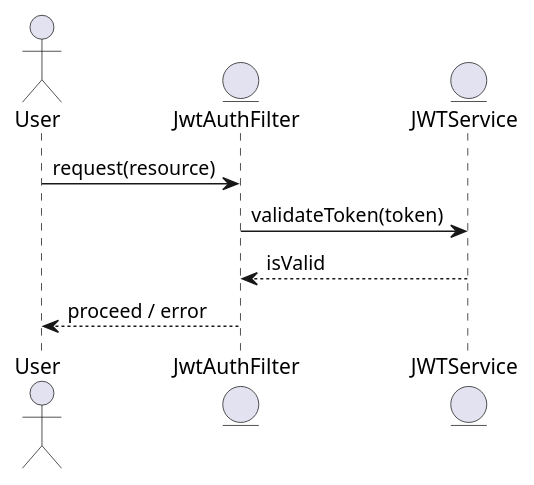
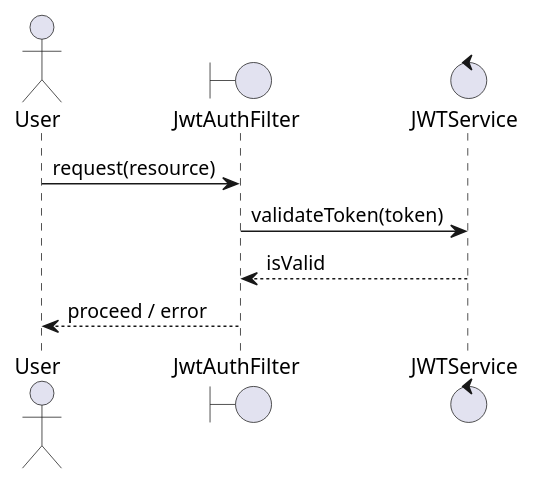
The third of 6 diagrams in identityprovider/documentation/detaileddesign.adoc (Dinesh-s95/AutoDoc.ai), drawn with PlantUML before and after one commit. The commit also changed other lines of this file and 4 other files, not shown here.

```diff
--- a/identityprovider/documentation/detaileddesign.adoc
+++ b/identityprovider/documentation/detaileddesign.adoc
@@ -335,13 +359,13 @@
-[plantuml, jwt-token-validation-flow, png]
+[plantuml, jwt-validation-flow, png]
 ----
 @startuml
 actor User
-entity JwtAuthFilter
-entity JWTService
+boundary JwtAuthFilter
+control JWTService
 
 User -> JwtAuthFilter : request(resource)
 JwtAuthFilter -> JWTService : validateToken(token)
 JWTService --> JwtAuthFilter : isValid
 JwtAuthFilter --> User : proceed / error
 @enduml
 ----
```
